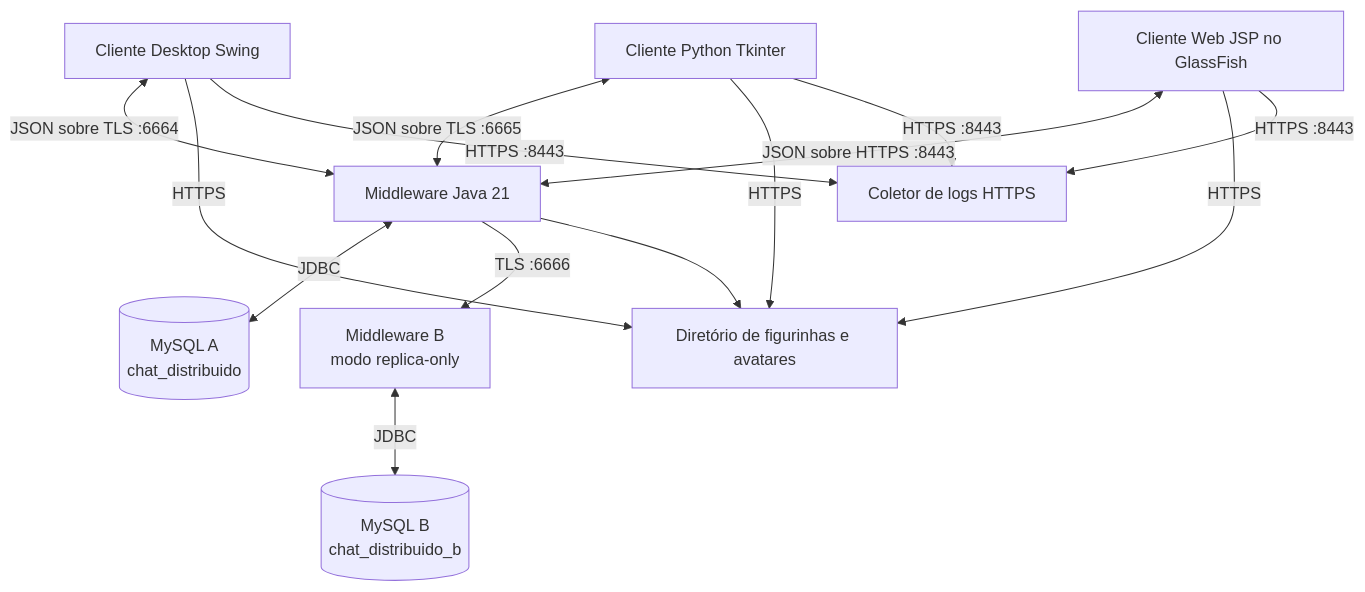
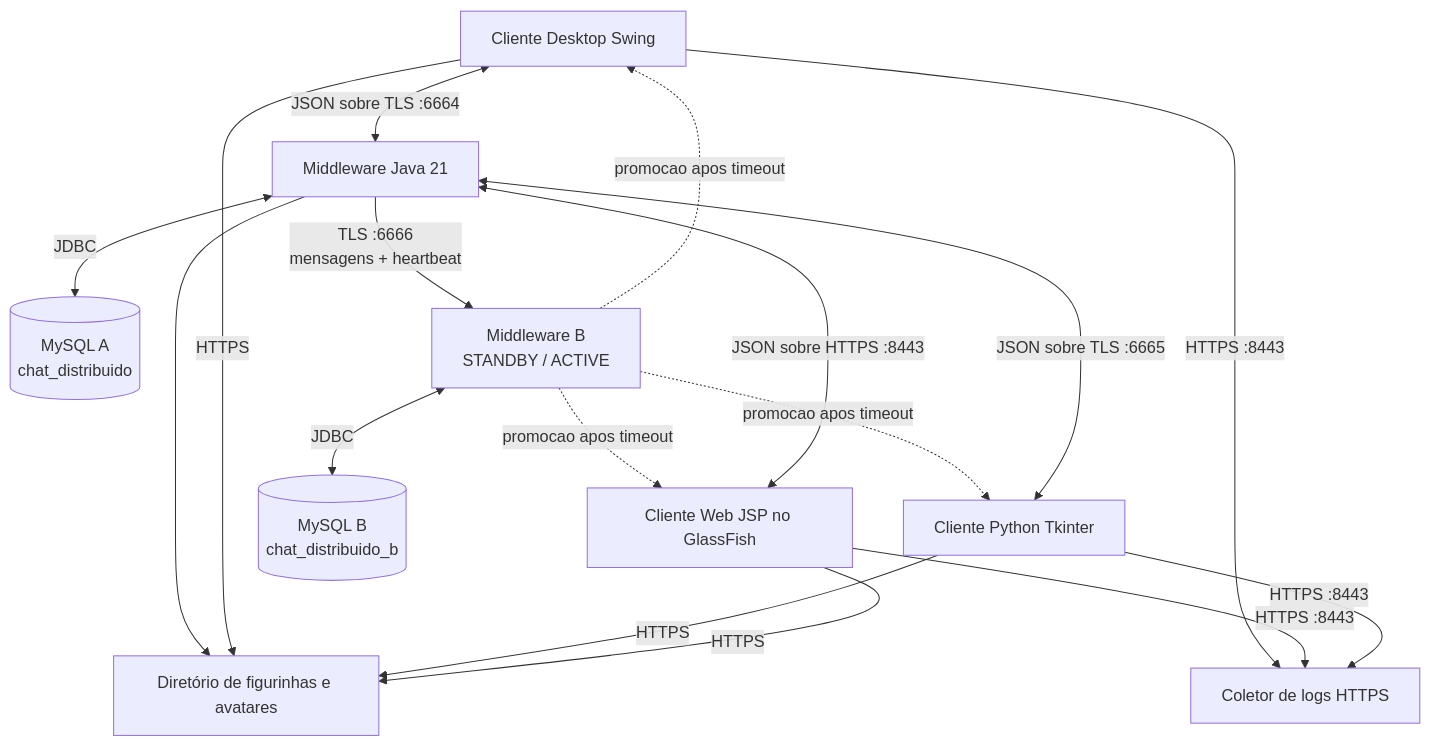
Before and after one commit to Jottynha/Sistemas-Distribuidos-Backup: the diagram in README.md, drawn with Mermaid. The commit also changed other lines of this file and 74 other files, not shown here.

````diff
--- a/README.md
+++ b/README.md
@@ -86,26 +87,29 @@
 ```mermaid
 flowchart TB
     D[Cliente Desktop Swing]
     W[Cliente Web JSP no GlassFish]
     P[Cliente Python Tkinter]
     M[Middleware Java 21]
     DB[(MySQL A<br/>chat_distribuido)]
-    MB[Middleware B<br/>modo replica-only]
+    MB[Middleware B<br/>STANDBY / ACTIVE]
     DBB[(MySQL B<br/>chat_distribuido_b)]
     F[Diretório de figurinhas e avatares]
     L[Coletor de logs HTTPS]
 
     D <-->|JSON sobre TLS :6664| M
     P <-->|JSON sobre TLS :6665| M
     W <-->|JSON sobre HTTPS :8443| M
     M <-->|JDBC| DB
-    M -->|TLS :6666| MB
+    M -->|TLS :6666<br/>mensagens + heartbeat| MB
     MB <-->|JDBC| DBB
+    MB -.->|promocao apos timeout| D
+    MB -.->|promocao apos timeout| W
+    MB -.->|promocao apos timeout| P
     M --> F
     D -->|HTTPS| F
     P -->|HTTPS| F
     W -->|HTTPS| F
     D -->|HTTPS :8443| L
     W -->|HTTPS :8443| L
     P -->|HTTPS :8443| L
 ```
````
